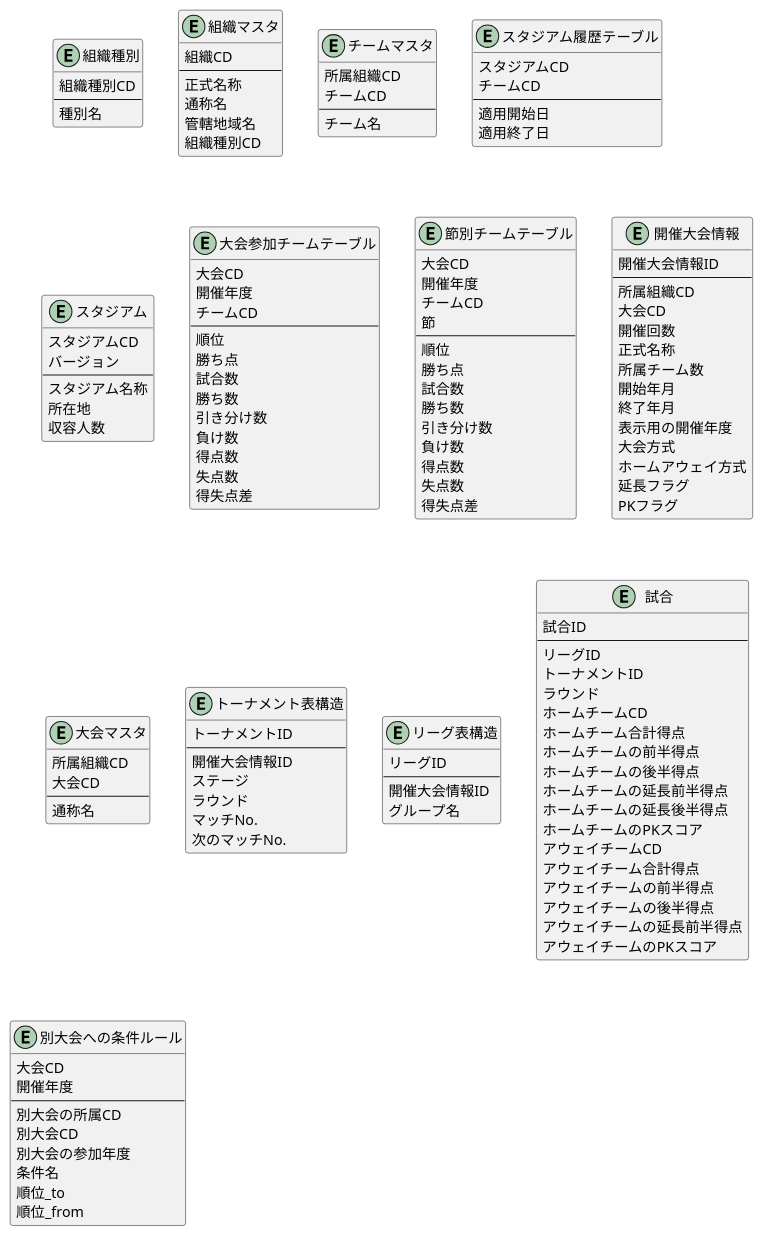
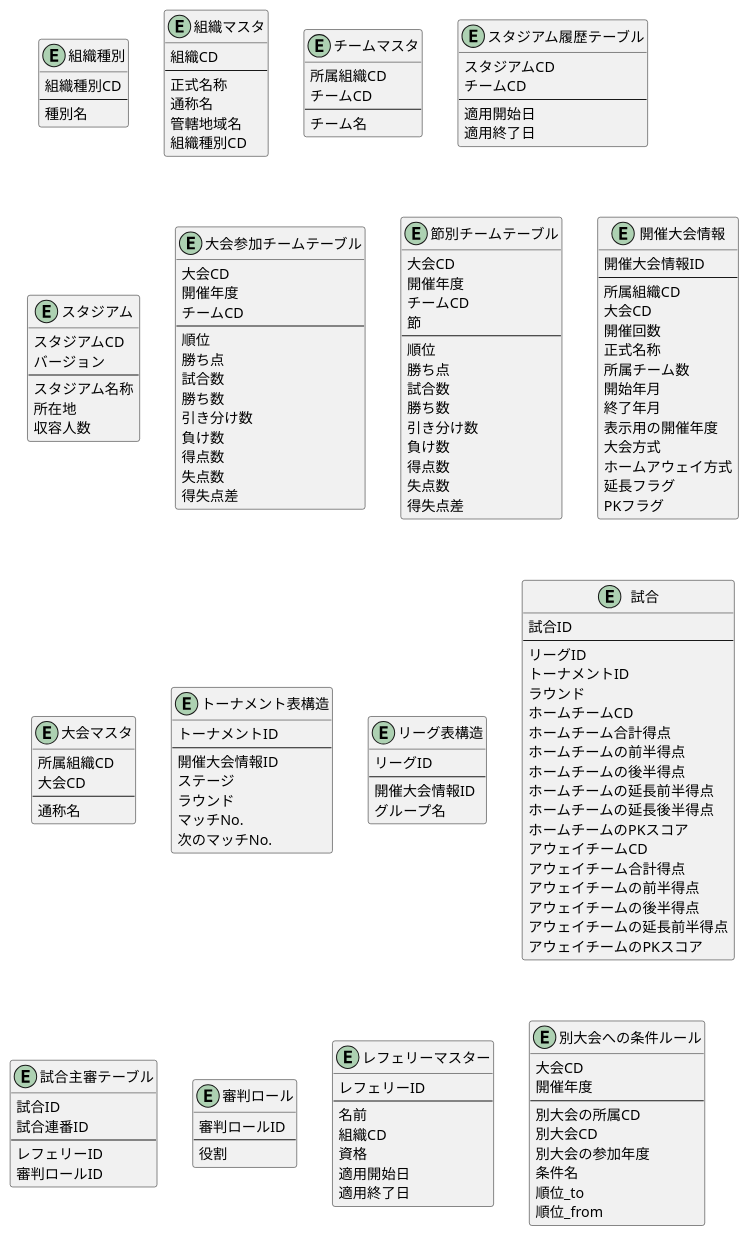
One commit to LCC-SYamada/SocckerDB_PlantUML changed the diagram in soccker_db.puml. Above: the diagram before and after it, drawn with PlantUML.

Commit message:
審判テーブル類を作成

```diff
--- a/soccker_db.puml
+++ b/soccker_db.puml
@@ -1,149 +1,174 @@
 @startuml
 
 Entity "組織種別" as OrganizationType {
   組織種別CD
   --
   種別名
 }
 
 Entity "組織マスタ" as Organization {
   組織CD
   --
   正式名称
   通称名
   管轄地域名
   組織種別CD
 }
 
 Entity "チームマスタ" as Team {
   所属組織CD
   チームCD
   --
   チーム名
 }
 
 Entity "スタジアム履歴テーブル" as StadiumHistory {
   スタジアムCD
   チームCD
   --
   適用開始日
   適用終了日
 }
 
 Entity "スタジアム" as Stadium {
   スタジアムCD
   バージョン
   --
   スタジアム名称
   所在地
   収容人数
 }
 
 Entity "大会参加チームテーブル" as SeaSonTournament {
   大会CD
   開催年度
   チームCD
   --
   順位
   勝ち点
   試合数
   勝ち数
   引き分け数
   負け数
   得点数
   失点数
   得失点差  
 }
 
 Entity "節別チームテーブル" as MatchDayRank {
   大会CD
   開催年度
   チームCD
   節
   --
   順位
   勝ち点
   試合数
   勝ち数
   引き分け数
   負け数
   得点数
   失点数
   得失点差  
 }
 
 Entity "開催大会情報" as TournamentInfo {
   開催大会情報ID
   --
   所属組織CD
   大会CD
   開催回数
   正式名称
   所属チーム数
   開始年月
   終了年月
   表示用の開催年度
   大会方式
   ホームアウェイ方式
   延長フラグ
   PKフラグ
 }
 
 Entity "大会マスタ" as Tournament {
   所属組織CD
   大会CD
   --
   通称名
 }
 
 Entity "トーナメント表構造" as TournamentTable {
   トーナメントID
   --
   開催大会情報ID
   ステージ
   ラウンド
   マッチNo.
   次のマッチNo.
 }
 
 Entity "リーグ表構造" as LeagueTable {
   リーグID
   --
   開催大会情報ID
   グループ名
 }
 
 Entity "試合" as Match {
   試合ID
   --
   リーグID
   トーナメントID
   ラウンド
   ホームチームCD
   ホームチーム合計得点
   ホームチームの前半得点
   ホームチームの後半得点
   ホームチームの延長前半得点
   ホームチームの延長後半得点
   ホームチームのPKスコア
   アウェイチームCD
   アウェイチーム合計得点
   アウェイチームの前半得点
   アウェイチームの後半得点
   アウェイチームの延長前半得点
   アウェイチームのPKスコア
 }
 
+Entity "試合主審テーブル" as MatchReferee {
+  試合ID
+  試合連番ID
+  --
+  レフェリーID
+  審判ロールID
+}
+
+Entity "審判ロール" as RefereeRole {
+  審判ロールID
+  --
+  役割
+}
+
+Entity "レフェリーマスター" as Referee {
+  レフェリーID
+  --
+  名前
+  組織CD
+  資格
+  適用開始日
+  適用終了日
+}
+
+
 Entity "別大会への条件ルール" as TournamentDetail {
   大会CD
   開催年度
   --
   別大会の所属CD
   別大会CD
   別大会の参加年度
   条件名
   順位_to
   順位_from
 }
 
 @enduml
```
